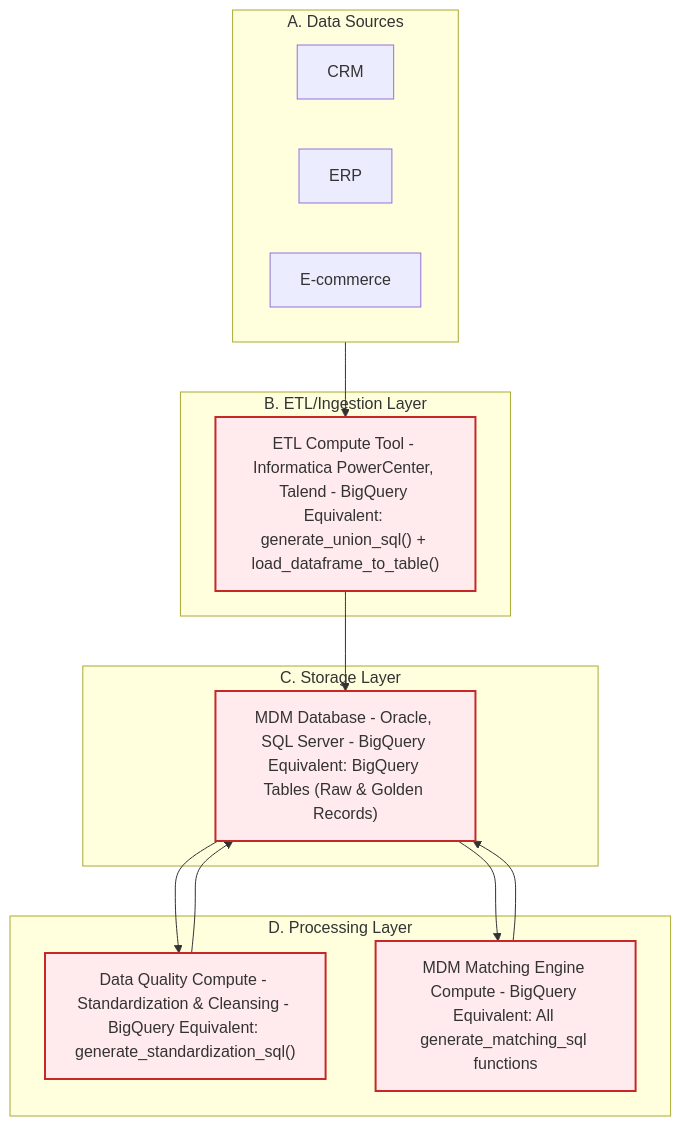
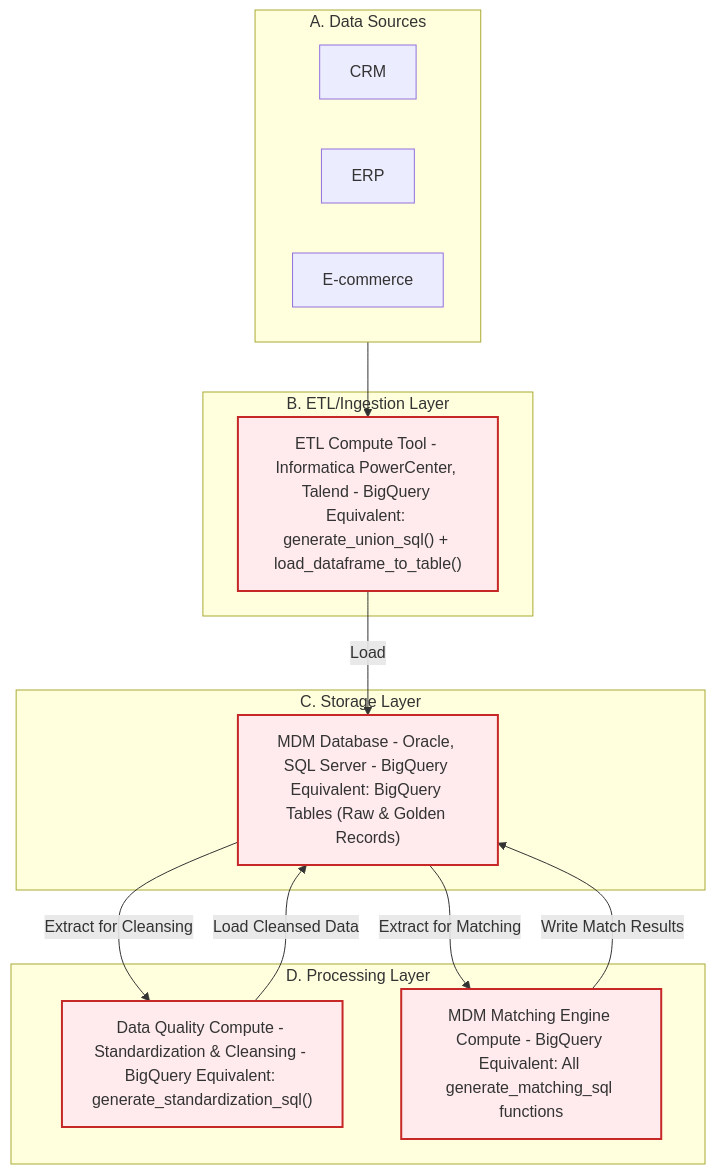
Before and after one commit to johanesalxd/mdm-gcp: the first of 5 diagrams in presentation_github.md, drawn with Mermaid. The commit also changed other lines of this file, not shown here.

````diff
--- a/presentation_github.md
+++ b/presentation_github.md
@@ -68,31 +68,31 @@
 ```mermaid
 graph TD
     subgraph Sources["A. Data Sources"]
         S1[CRM]
         S2[ERP]
         S3[E-commerce]
     end
 
     subgraph ETL["B. ETL/Ingestion Layer"]
         ETL_TOOL["ETL Compute Tool - Informatica PowerCenter, Talend - BigQuery Equivalent: generate_union_sql() + load_dataframe_to_table()"]
     end
 
     subgraph Storage["C. Storage Layer"]
         DB["MDM Database - Oracle, SQL Server - BigQuery Equivalent: BigQuery Tables (Raw & Golden Records)"]
     end
 
     subgraph Processing["D. Processing Layer"]
         DQ_TOOL["Data Quality Compute - Standardization & Cleansing - BigQuery Equivalent: generate_standardization_sql()"]
         MATCH_ENGINE["MDM Matching Engine Compute - BigQuery Equivalent: All generate_matching_sql functions"]
     end
 
     Sources --> ETL_TOOL
-    ETL_TOOL --> DB
-    DB --> DQ_TOOL
-    DQ_TOOL --> DB
-    DB --> MATCH_ENGINE
-    MATCH_ENGINE --> DB
+    ETL_TOOL -- "Load" --> DB
+    DB -- "Extract for Cleansing" --> DQ_TOOL
+    DQ_TOOL -- "Load Cleansed Data" --> DB
+    DB -- "Extract for Matching" --> MATCH_ENGINE
+    MATCH_ENGINE -- "Write Match Results" --> DB
 
     classDef silo fill:#ffebee,stroke:#c62828,stroke-width:2px
     class ETL_TOOL,DB,DQ_TOOL,MATCH_ENGINE silo
 ```
````
